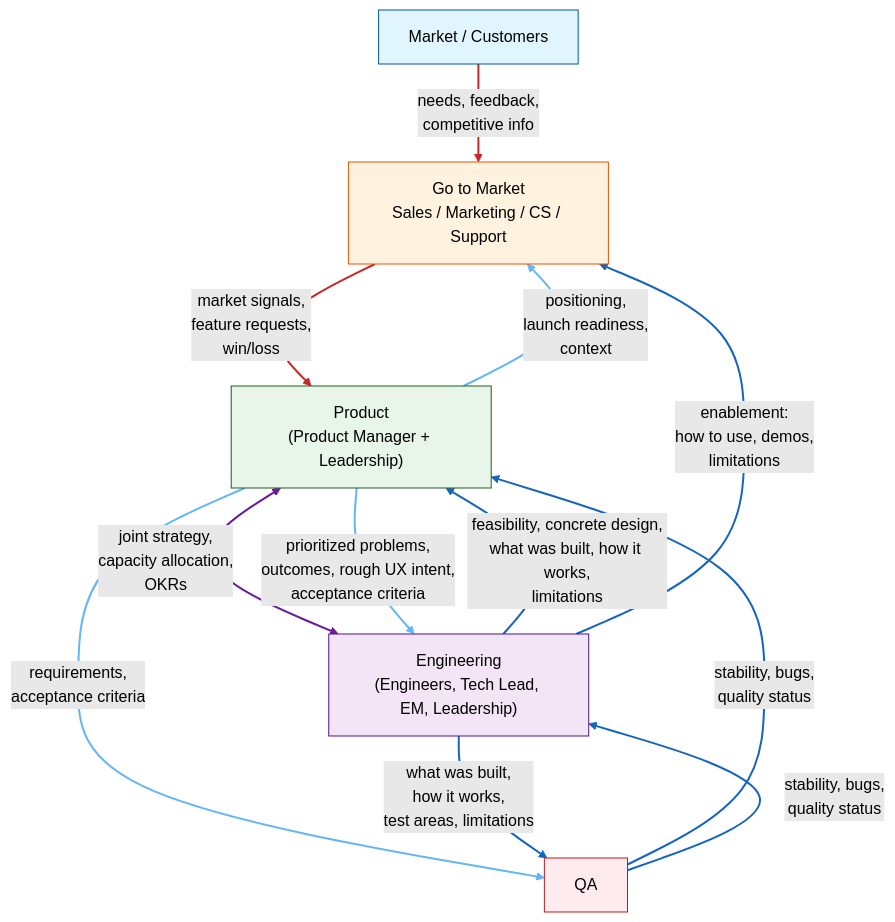
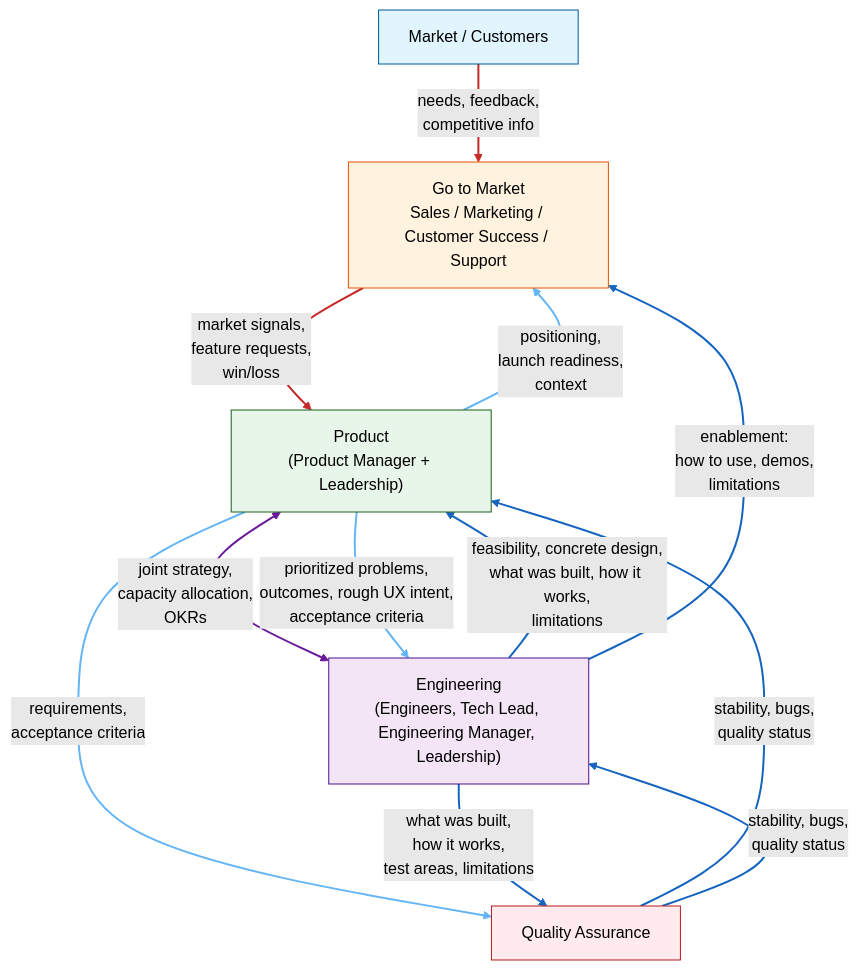
One commit to mingwai-tam/lead-manage-admin changed the diagram in docs/organization-info-flow.md. Above: the diagram before and after it, drawn with Mermaid (forest theme). The commit also changed other lines of this file, not shown here.

Commit message:
Expand remaining short names: CS → Customer Success, EM → Engineering Manager, QA → Quality Assurance

````diff
--- a/docs/organization-info-flow.md
+++ b/docs/organization-info-flow.md
@@ -63,54 +63,54 @@
 ```mermaid
 flowchart TD
     Market["Market / Customers"]
-    GoToMarket["Go to Market\nSales / Marketing / CS / Support"]
+    GoToMarket["Go to Market\nSales / Marketing / Customer Success / Support"]
     Product["Product\n(Product Manager + Leadership)"]
-    Engineering["Engineering\n(Engineers, Tech Lead, EM, Leadership)"]
-    QA["QA"]
+    Engineering["Engineering\n(Engineers, Tech Lead, Engineering Manager, Leadership)"]
+    QualityAssurance["Quality Assurance"]
 
     Market -->|"needs, feedback,\ncompetitive info"| GoToMarket
     GoToMarket -->|"market signals,\nfeature requests,\nwin/loss"| Product
 
     Product <-->|"joint strategy,\ncapacity allocation,\nOKRs"| Engineering
 
     Product -->|"prioritized problems,\noutcomes, rough UX intent,\nacceptance criteria"| Engineering
-    Product -->|"requirements,\nacceptance criteria"| QA
+    Product -->|"requirements,\nacceptance criteria"| QualityAssurance
 
     Engineering -->|"feasibility, concrete design,\nwhat was built, how it works,\nlimitations"| Product
-    Engineering -->|"what was built,\nhow it works,\ntest areas, limitations"| QA
+    Engineering -->|"what was built,\nhow it works,\ntest areas, limitations"| QualityAssurance
     Engineering -->|"enablement:\nhow to use, demos,\nlimitations"| GoToMarket
 
-    QA -->|"stability, bugs,\nquality status"| Product
-    QA -->|"stability, bugs,\nquality status"| Engineering
+    QualityAssurance -->|"stability, bugs,\nquality status"| Product
+    QualityAssurance -->|"stability, bugs,\nquality status"| Engineering
 
     Product -->|"positioning,\nlaunch readiness,\ncontext"| GoToMarket
 
     %% Colors by information type
     %% 0-1: market into company
     linkStyle 0 stroke:#c62828,stroke-width:2px
     linkStyle 1 stroke:#c62828,stroke-width:2px
     %% 2: bidirectional strategy
     linkStyle 2 stroke:#6a1b9a,stroke-width:2px
     %% 3,4,10: soft info (light blue)
     linkStyle 3 stroke:#64b5f6,stroke-width:2px
     linkStyle 4 stroke:#64b5f6,stroke-width:2px
     linkStyle 10 stroke:#64b5f6,stroke-width:2px
     %% 5-9: hard info (blue)
     linkStyle 5 stroke:#1565c0,stroke-width:2px
     linkStyle 6 stroke:#1565c0,stroke-width:2px
     linkStyle 7 stroke:#1565c0,stroke-width:2px
     linkStyle 8 stroke:#1565c0,stroke-width:2px
     linkStyle 9 stroke:#1565c0,stroke-width:2px
 
     classDef external fill:#e1f5fe,stroke:#01579b
     classDef gtm fill:#fff3e0,stroke:#e65100
     classDef product fill:#e8f5e9,stroke:#1b5e20
     classDef eng fill:#f3e5f5,stroke:#4a148c
     classDef qa fill:#ffebee,stroke:#b71c1c
 
     class Market external
     class GoToMarket gtm
     class Product product
     class Engineering eng
-    class QA qa
+    class QualityAssurance qa
 ```
````
